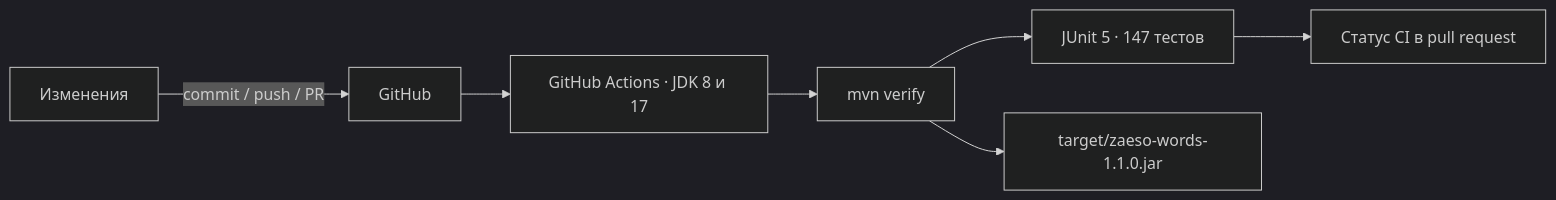
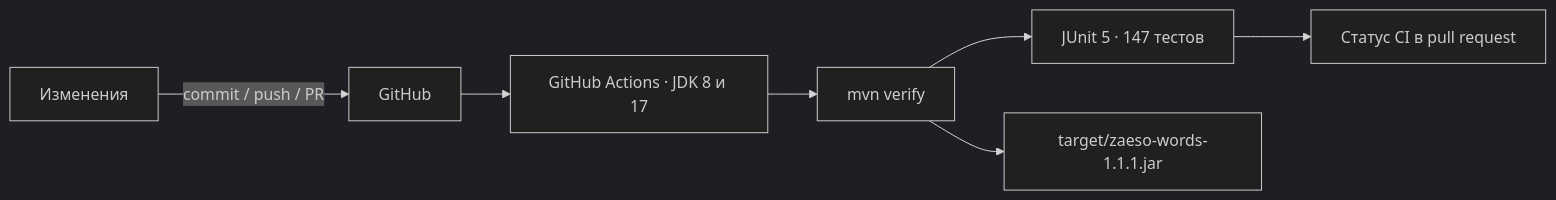
Before and after one commit to zaeso/zaeso-Words: the third of 4 diagrams in zaeso-Words-Roadmap.md, drawn with Mermaid (dark theme). The commit also changed other lines of this file and 8 other files, not shown here.

````diff
--- a/zaeso-Words-Roadmap.md
+++ b/zaeso-Words-Roadmap.md
@@ -300,9 +303,9 @@
 ```mermaid
 flowchart LR
     DEV["Изменения"] -->|"commit / push / PR"| GH["GitHub"]
     GH --> CI["GitHub Actions · JDK 8 и 17"]
     CI --> MVN["mvn verify"]
     MVN --> TESTS["JUnit 5 · 147 тестов"]
-    MVN --> JAR["target/zaeso-words-1.1.0.jar"]
+    MVN --> JAR["target/zaeso-words-1.1.1.jar"]
     TESTS --> STATUS["Статус CI в pull request"]
 ```
````
